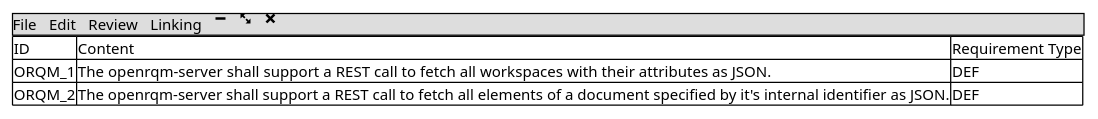
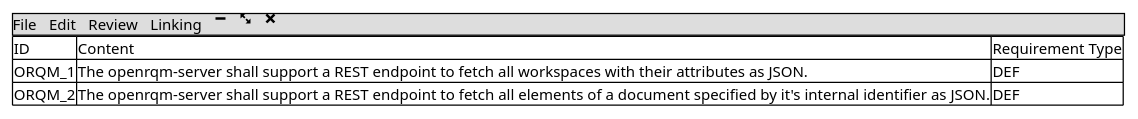
The third of 3 diagrams in doc/WIREFRAME.md (openorg-software/openrqm-client-desktop-nwjs), drawn with PlantUML before and after one commit. The commit also changed 11 other files, not shown here.

````diff
--- a/doc/WIREFRAME.md
+++ b/doc/WIREFRAME.md
@@ -50,15 +50,15 @@
 ```puml
 
 scale max 650 width
 
 @startsalt
 {
 {* File | Edit | Review | Linking | <&minus> | <&fullscreen-enter> | <&x> }
 {#
 ID | Content | Requirement Type
-ORQM_1 | The openrqm-server shall support a REST  call to fetch all workspaces with their attributes as JSON. | DEF 
-ORQM_2 | The openrqm-server shall support a REST call to fetch all elements of a document specified by it's internal identifier as JSON. | DEF 
+ORQM_1 | The openrqm-server shall support a REST endpoint to fetch all workspaces with their attributes as JSON. | DEF 
+ORQM_2 | The openrqm-server shall support a REST endpoint to fetch all elements of a document specified by it's internal identifier as JSON. | DEF 
 }
 }
 @endsalt
 ```
````
